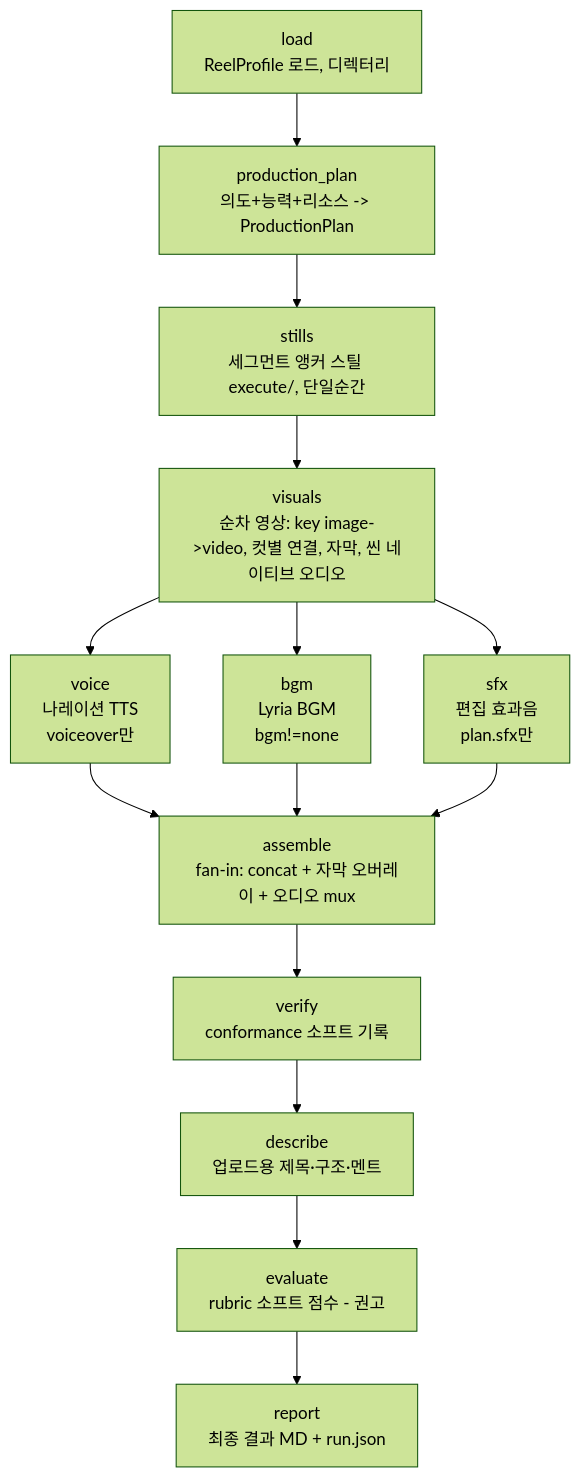
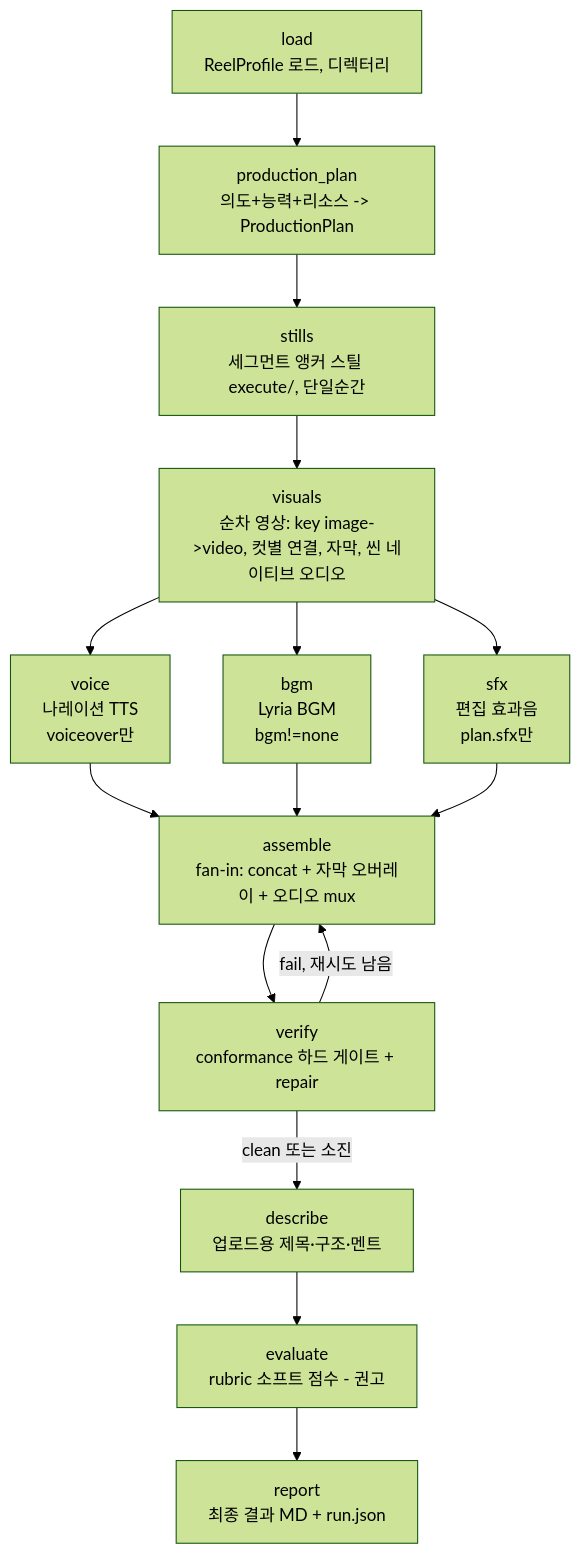
Before and after one commit to shalomeir/reel-gen-agent: the third of 3 diagrams in specs/workflows.md, drawn with Mermaid (forest theme). The commit also changed other lines of this file and 9 other files, not shown here.

````diff
--- a/specs/workflows.md
+++ b/specs/workflows.md
@@ -214,16 +216,17 @@
 ```mermaid
 flowchart TD
     load[load<br/>ReelProfile 로드, 디렉터리] --> plan[production_plan<br/>의도+능력+리소스 -> ProductionPlan]
     plan --> stills[stills<br/>세그먼트 앵커 스틸 execute/, 단일순간]
     stills --> visuals[visuals<br/>순차 영상: key image->video, 컷별 연결, 자막, 씬 네이티브 오디오]
     visuals --> voice[voice<br/>나레이션 TTS<br/>voiceover만]
     visuals --> bgm[bgm<br/>Lyria BGM<br/>bgm!=none]
     visuals --> sfx[sfx<br/>편집 효과음<br/>plan.sfx만]
     voice --> asm[assemble<br/>fan-in: concat + 자막 오버레이 + 오디오 mux]
     bgm --> asm
     sfx --> asm
-    asm --> verify[verify<br/>conformance 소프트 기록]
-    verify --> describe[describe<br/>업로드용 제목·구조·멘트]
+    asm --> verify[verify<br/>conformance 하드 게이트 + repair]
+    verify -->|fail, 재시도 남음| asm
+    verify -->|clean 또는 소진| describe[describe<br/>업로드용 제목·구조·멘트]
     describe --> evaluate[evaluate<br/>rubric 소프트 점수 - 권고]
     evaluate --> report[report<br/>최종 결과 MD + run.json]
 ```
````
